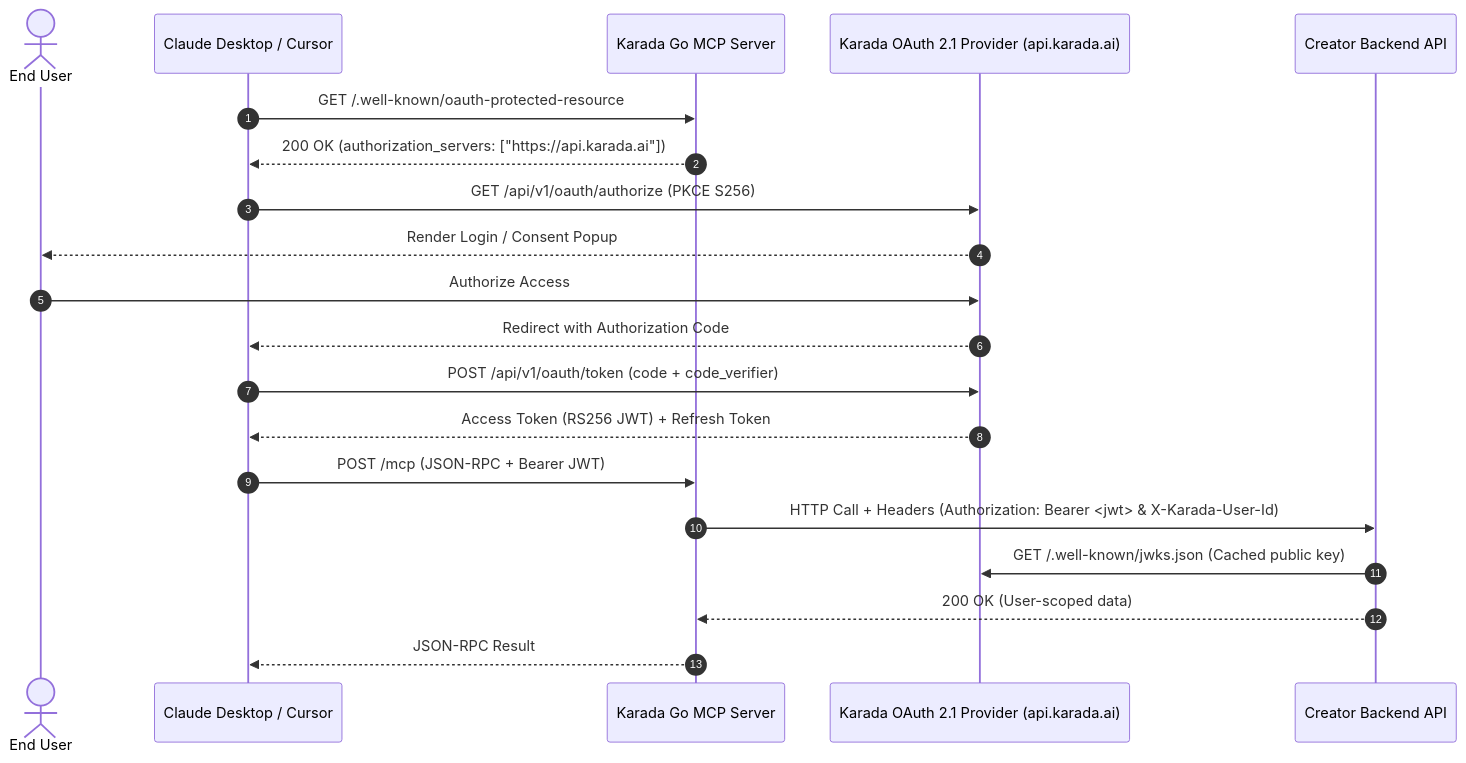
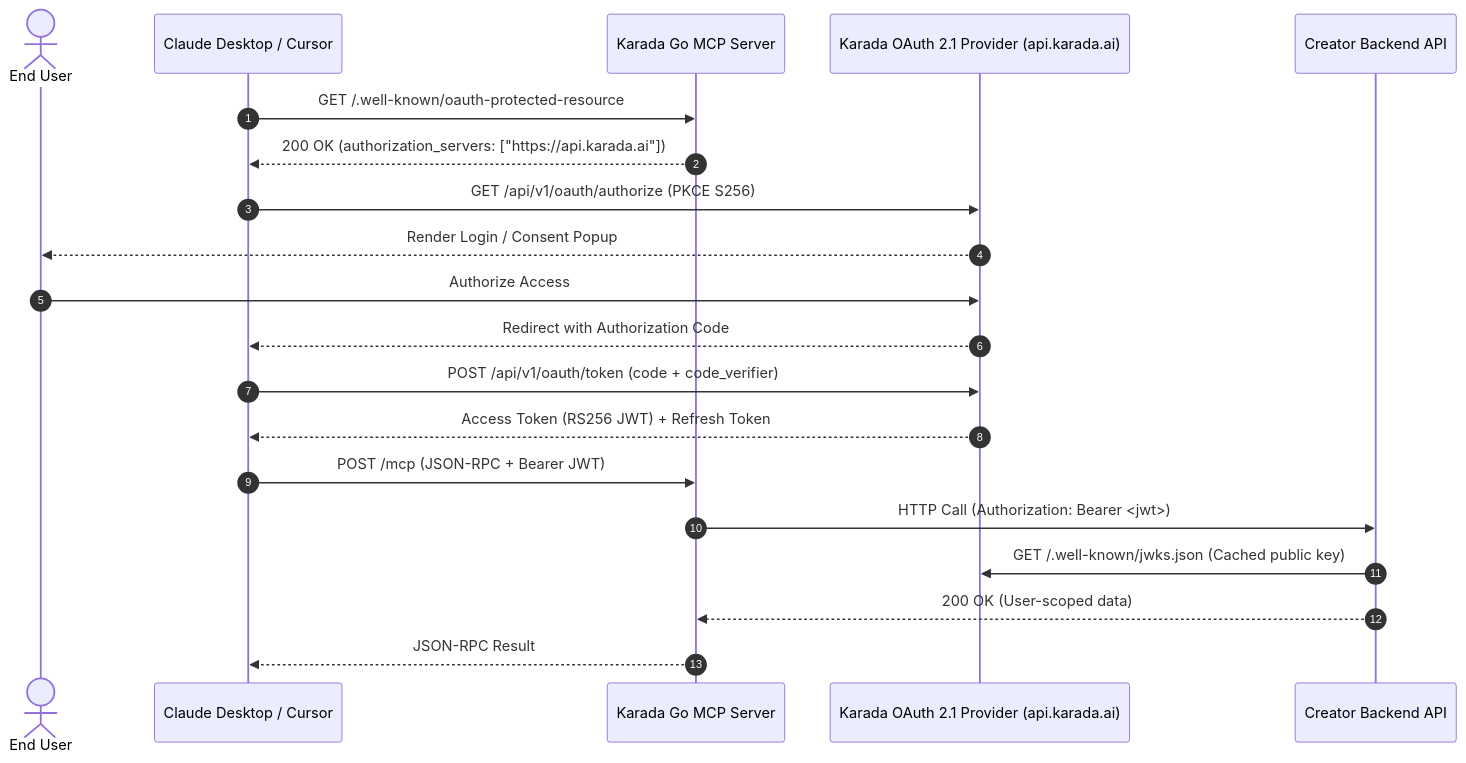
One commit to shashtag-ventures/karada-docs changed the diagram in guides/oauth-backend-auth.mdx. Above: the diagram before and after it, drawn with Mermaid. The commit also changed other lines of this file, not shown here.

Commit message:
docs: remove header injection in favor of RS256 JWKS JWT verification

````diff
--- a/guides/oauth-backend-auth.mdx
+++ b/guides/oauth-backend-auth.mdx
@@ -15,23 +15,23 @@
 ```mermaid
 sequenceDiagram
     autonumber
     actor User as End User
     participant Agent as Claude Desktop / Cursor
     participant MCP as Karada Go MCP Server
     participant Provider as Karada OAuth 2.1 Provider (api.karada.ai)
     participant Backend as Creator Backend API
 
     Agent->>MCP: GET /.well-known/oauth-protected-resource
     MCP-->>Agent: 200 OK (authorization_servers: ["https://api.karada.ai"])
     Agent->>Provider: GET /api/v1/oauth/authorize (PKCE S256)
     Provider-->>User: Render Login / Consent Popup
     User->>Provider: Authorize Access
     Provider-->>Agent: Redirect with Authorization Code
     Agent->>Provider: POST /api/v1/oauth/token (code + code_verifier)
     Provider-->>Agent: Access Token (RS256 JWT) + Refresh Token
     Agent->>MCP: POST /mcp (JSON-RPC + Bearer JWT)
-    MCP->>Backend: HTTP Call + Headers (Authorization: Bearer <jwt> & X-Karada-User-Id)
+    MCP->>Backend: HTTP Call (Authorization: Bearer <jwt>)
     Backend->>Provider: GET /.well-known/jwks.json (Cached public key)
     Backend-->>MCP: 200 OK (User-scoped data)
     MCP-->>Agent: JSON-RPC Result
 ```
````
